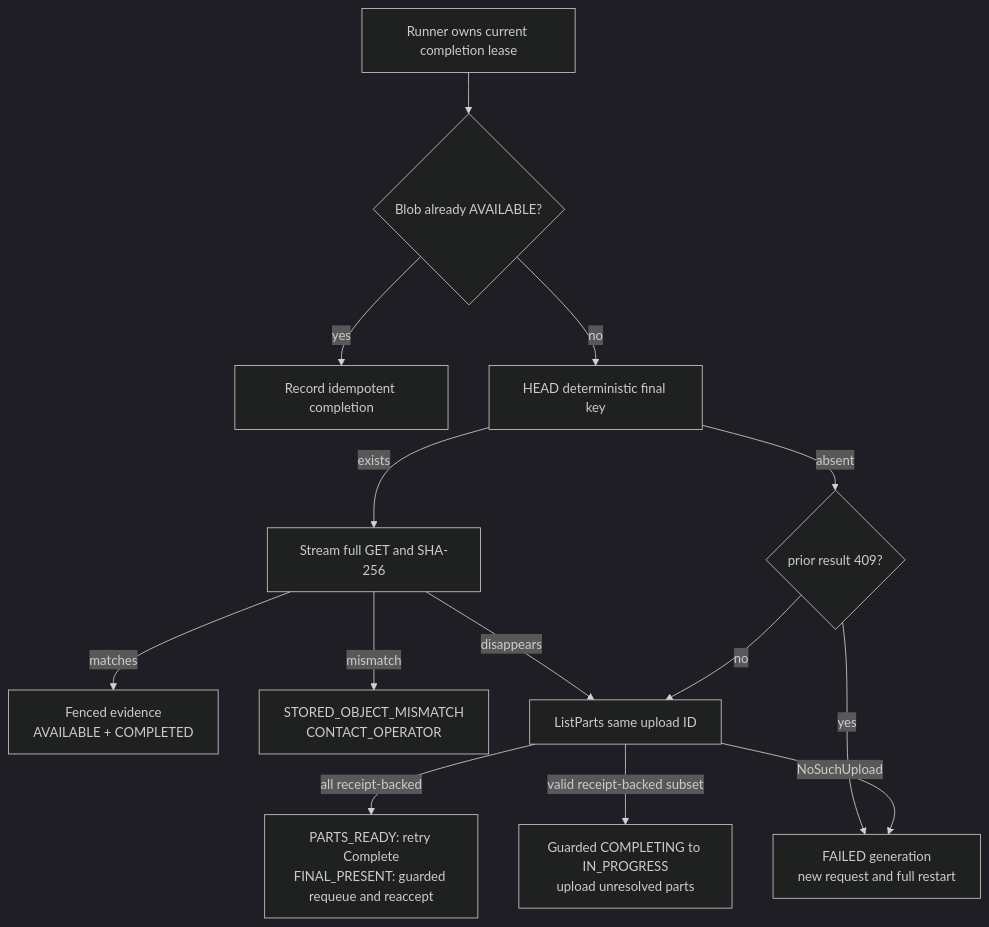
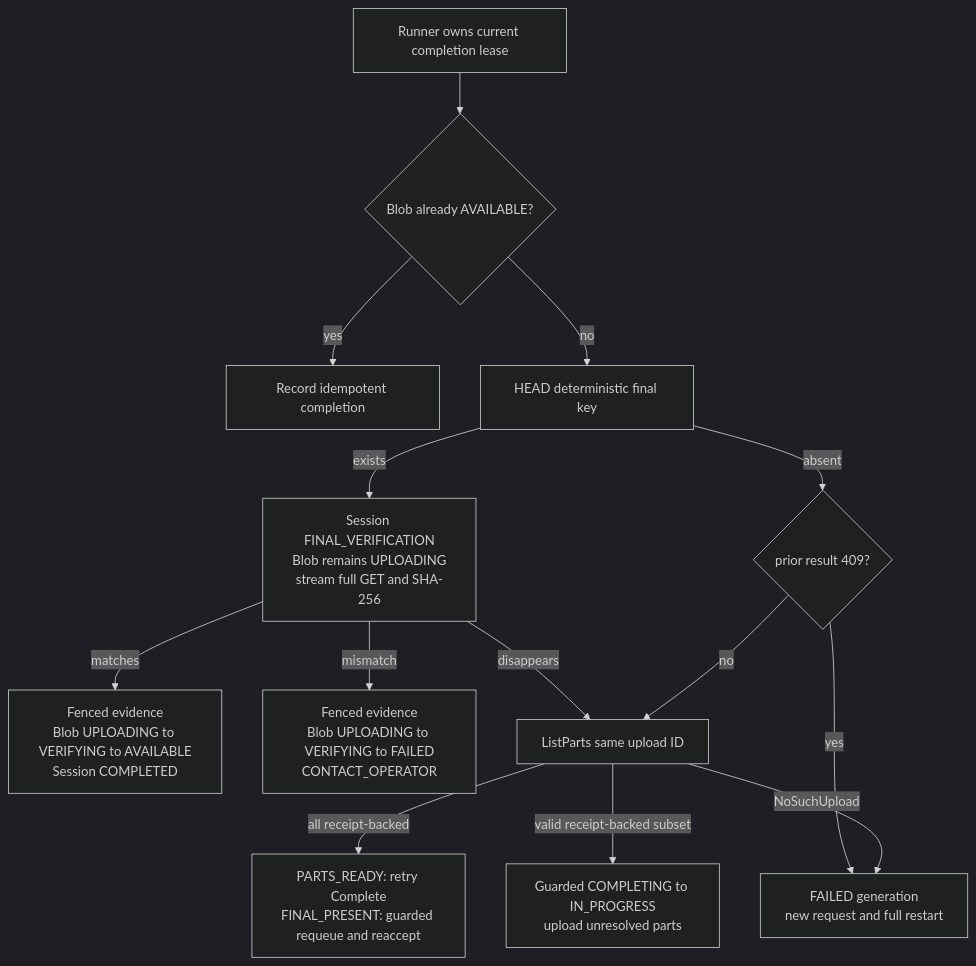
Before and after one commit to zbnerd/RoboLake: the diagram in docs/M2_FAILURE_AND_RECONCILIATION_MATRIX.md, drawn with Mermaid (dark theme). The commit also changed other lines of this file and 14 other files, not shown here.

````diff
--- a/docs/M2_FAILURE_AND_RECONCILIATION_MATRIX.md
+++ b/docs/M2_FAILURE_AND_RECONCILIATION_MATRIX.md
@@ -82,16 +90,16 @@
 ```mermaid
 flowchart TD
     A[Runner owns current completion lease] --> B{Blob already AVAILABLE?}
     B -->|yes| C[Record idempotent completion]
     B -->|no| D[HEAD deterministic final key]
-    D -->|exists| E[Stream full GET and SHA-256]
-    E -->|matches| F[Fenced evidence<br/>AVAILABLE + COMPLETED]
-    E -->|mismatch| G[STORED_OBJECT_MISMATCH<br/>CONTACT_OPERATOR]
+    D -->|exists| E[Session FINAL_VERIFICATION<br/>Blob remains UPLOADING<br/>stream full GET and SHA-256]
+    E -->|matches| F[Fenced evidence<br/>Blob UPLOADING to VERIFYING to AVAILABLE<br/>Session COMPLETED]
+    E -->|mismatch| G[Fenced evidence<br/>Blob UPLOADING to VERIFYING to FAILED<br/>CONTACT_OPERATOR]
     E -->|disappears| J
     D -->|absent| H{prior result 409?}
     H -->|yes| I[FAILED generation<br/>new request and full restart]
     H -->|no| J[ListParts same upload ID]
     J -->|all receipt-backed| K[PARTS_READY: retry Complete<br/>FINAL_PRESENT: guarded requeue and reaccept]
     J -->|valid receipt-backed subset| L[Guarded COMPLETING to IN_PROGRESS<br/>upload unresolved parts]
     J -->|NoSuchUpload| I
 ```
````
